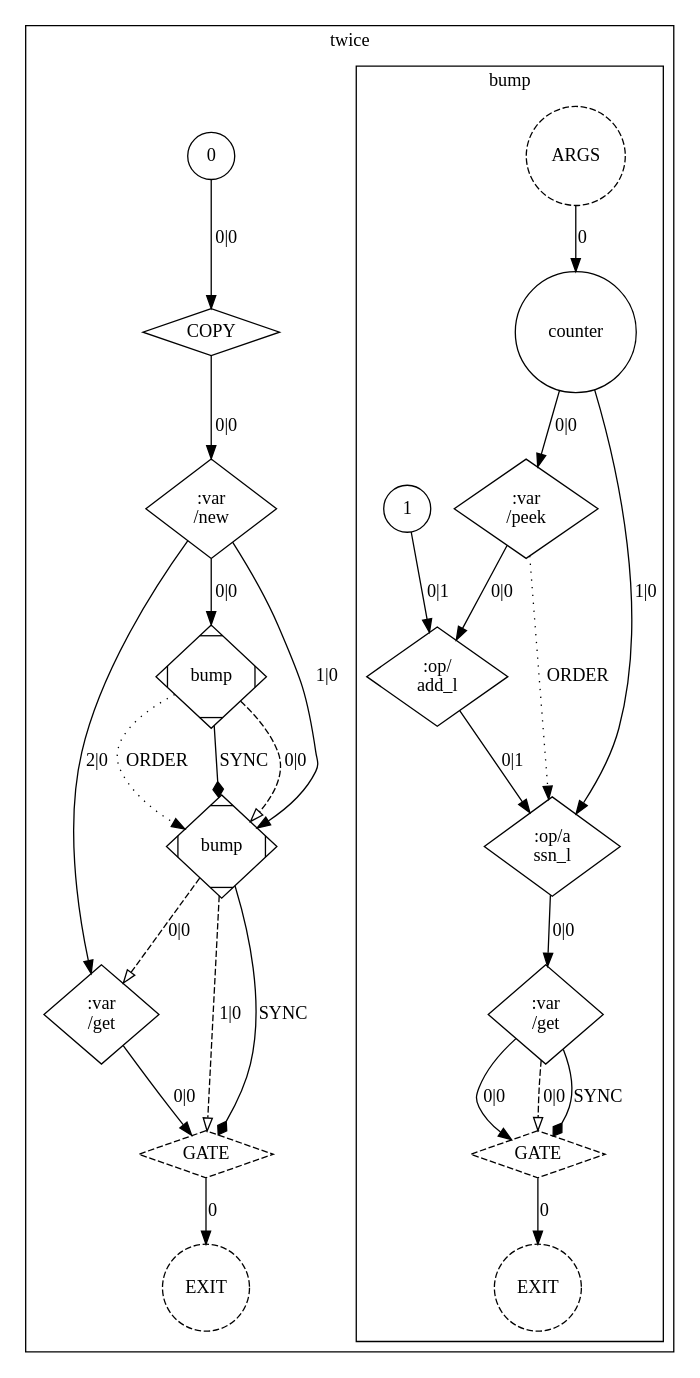
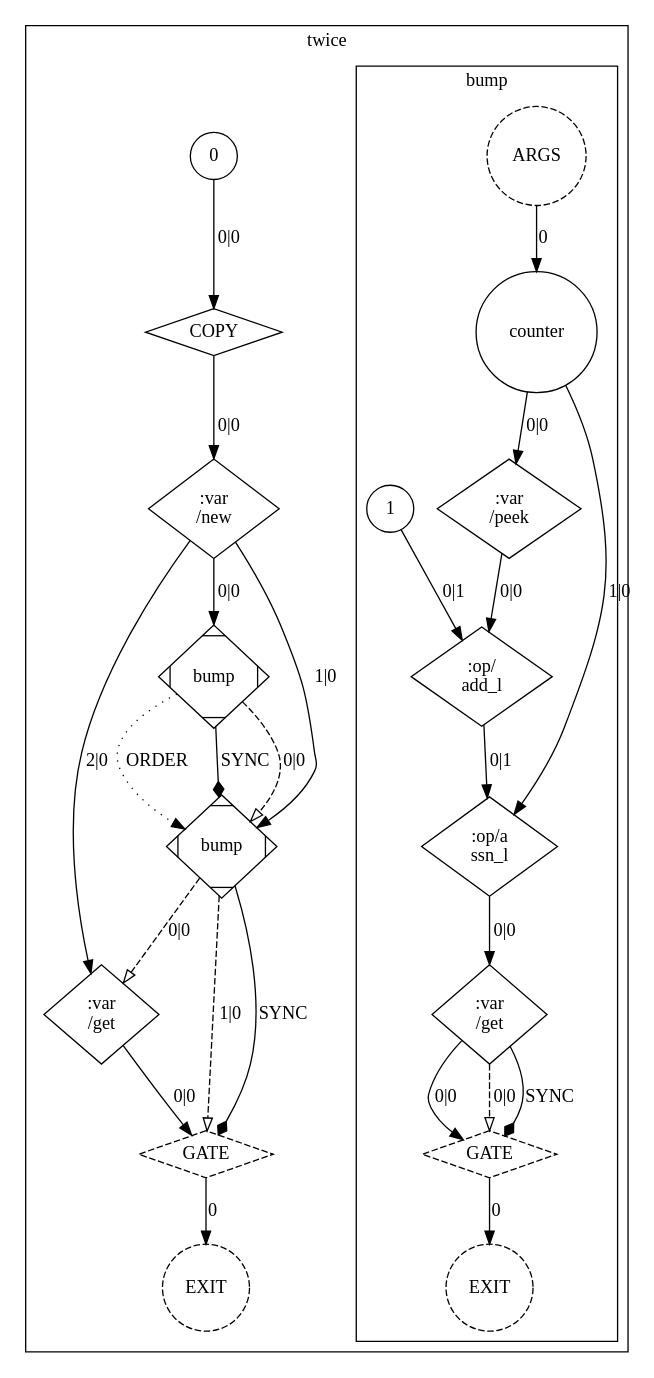
The diagram in docs/tutorial/images/10_var_order.dot (OpenCML/Camel), drawn with Graphviz before and after one commit. The commit also changed 3 other files, not shown here.

First line of the commit message:
test: re-record the graphs the read/write order edge and the extra GATE left

```diff
--- a/docs/tutorial/images/10_var_order.dot
+++ b/docs/tutorial/images/10_var_order.dot
@@ -1,52 +1,51 @@
 digraph GraphIR {
         subgraph cluster_F02 {
             label="twice";
             tooltip="() => int pure";
             subgraph cluster_F03 {
                 label="bump";
                 tooltip="(var counter: int) => int uses counter";
                 F03 [label="ARGS", type="ARGS", style=dashed, shape=circle];
                 O03 [label="EXIT", type="EXIT", style=dashed, shape=circle];
                 N00 [label="counter", type="PORT", param_name="counter", param_kind="normal", param_index="0", value_type="var int", shape=circle, style=solid, tooltip="counter"];
                 N01 [label="1", type="DATA", shape=circle, style=solid, value_type="int", tooltip="1"];
-                N02 [label=":var\n/peek", type="OPER", shape=diamond, style=solid, value_type="int", tooltip=":var/peek"];
-                N03 [label=":op/\nadd_l", type="OPER", shape=diamond, style=solid, value_type="int", tooltip=":op/add_l"];
+                N02 [label=":op/\nadd_l", type="OPER", shape=diamond, style=solid, value_type="int", tooltip=":op/add_l"];
+                N03 [label=":var\n/peek", type="OPER", shape=diamond, style=solid, value_type="int", tooltip=":var/peek"];
                 N04 [label=":op/a\nssn_l", type="OPER", shape=diamond, style=solid, value_type="var int", tooltip=":op/assn_l"];
                 N05 [label=":var\n/get", type="OPER", shape=diamond, style=solid, value_type="int", tooltip=":var/get"];
                 N06 [label="GATE", type="GATE", shape=diamond, style=dashed, value_type="int", tooltip="GATE"];
                 F03 -> N00 [label="0", type="NORM_PORT", style=solid];
                 N06 -> O03 [label="0", type="EXIT", style=solid];
-                N00 -> N02 [label="0|0", type="NORM"];
-                N02 -> N03 [label="0|0", type="NORM"];
-                N01 -> N03 [label="0|1", type="NORM"];
+                N03 -> N02 [label="0|0", type="NORM"];
+                N01 -> N02 [label="0|1", type="NORM"];
+                N00 -> N03 [label="0|0", type="NORM"];
                 N00 -> N04 [label="1|0", type="NORM"];
-                N03 -> N04 [label="0|1", type="NORM"];
-                N02 -> N04 [label="ORDER", type="ORDER", style=dotted];
+                N02 -> N04 [label="0|1", type="NORM"];
                 N04 -> N05 [label="0|0", type="NORM"];
                 N05 -> N06 [label="0|0", type="NORM"];
                 N05 -> N06 [label="0|0", type="CTRL", style=dashed, arrowhead=empty];
                 N05 -> N06 [label="SYNC", type="SYNC", style=solid, arrowhead=diamond];
             }
             O02 [label="EXIT", type="EXIT", style=dashed, shape=circle];
             N07 [label="0", type="DATA", shape=circle, style=solid, value_type="int", tooltip="0"];
             N08 [label="COPY", type="COPY", shape=diamond, style=solid, value_type="int", tooltip="COPY"];
             N09 [label=":var\n/new", type="OPER", shape=diamond, style=solid, value_type="var int", tooltip=":var/new"];
             N0A [label="bump", type="FUNC", shape=Mdiamond, style=solid, width=1.1, height=1.1, value_type="int", tooltip="bump"];
             N0B [label="bump", type="FUNC", shape=Mdiamond, style=solid, width=1.1, height=1.1, value_type="int", tooltip="bump"];
             N0C [label=":var\n/get", type="OPER", shape=diamond, style=solid, value_type="int", tooltip=":var/get"];
             N0D [label="GATE", type="GATE", shape=diamond, style=dashed, value_type="int", tooltip="GATE"];
             N0D -> O02 [label="0", type="EXIT", style=solid];
             N07 -> N08 [label="0|0", type="NORM"];
             N08 -> N09 [label="0|0", type="NORM"];
             N09 -> N0A [label="0|0", type="NORM"];
             N09 -> N0B [label="1|0", type="NORM"];
             N0A -> N0B [label="0|0", type="CTRL", style=dashed, arrowhead=empty];
             N0A -> N0B [label="ORDER", type="ORDER", style=dotted];
             N0A -> N0B [label="SYNC", type="SYNC", style=solid, arrowhead=diamond];
             N09 -> N0C [label="2|0", type="NORM"];
             N0B -> N0C [label="0|0", type="CTRL", style=dashed, arrowhead=empty];
             N0C -> N0D [label="0|0", type="NORM"];
             N0B -> N0D [label="1|0", type="CTRL", style=dashed, arrowhead=empty];
             N0B -> N0D [label="SYNC", type="SYNC", style=solid, arrowhead=diamond];
         }
 }
```
